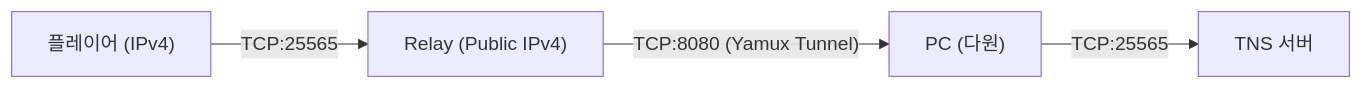
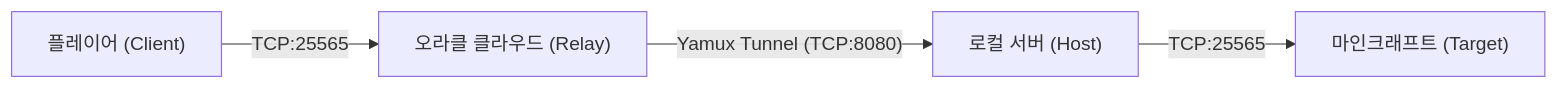
The diagram in README.md (nemoproj/tunnel), drawn with Mermaid before and after one commit. The commit also changed other lines of this file and 6 other files, not shown here.

````diff
--- a/README.md
+++ b/README.md
@@ -21,6 +10,6 @@
 ```mermaid
 graph LR
-    Player["플레이어 (IPv4)"] -- "TCP:25565" --> Relay["Relay (Public IPv4)"]
-    Relay -- "TCP:8080 (Yamux Tunnel)" --> Host["PC (다원)"]
-    Host -- "TCP:25565" --> MC["TNS 서버"]
+    Player["플레이어 (Client)"] -- "TCP:25565" --> Relay["오라클 클라우드 (Relay)"]
+    Relay -- "Yamux Tunnel (TCP:8080)" --> Host["로컬 서버 (Host)"]
+    Host -- "TCP:25565" --> MC["마인크래프트 (Target)"]
 ```
````
